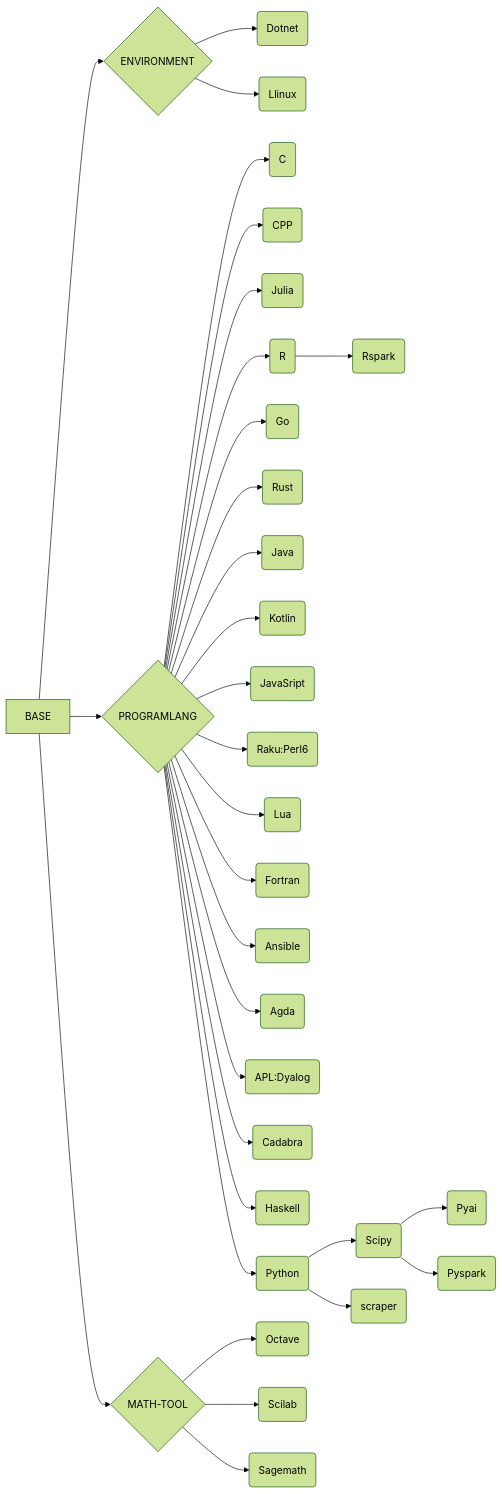
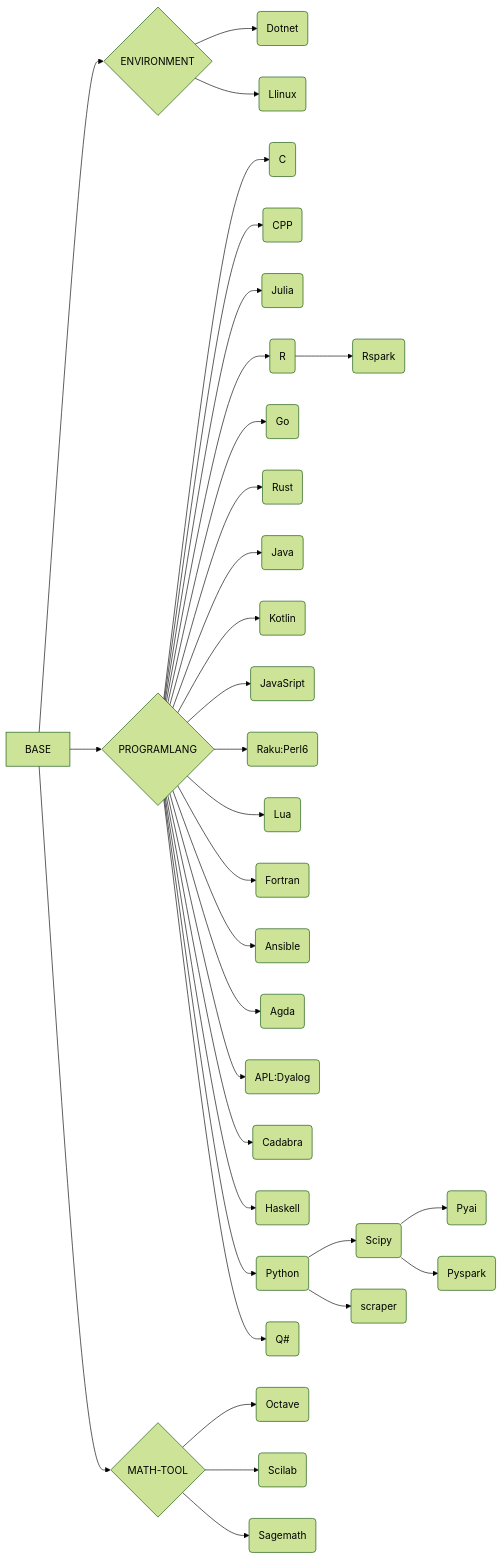
Before and after one commit to ben0i0d/jupyter-image-stacks: the diagram in README.md, drawn with Mermaid (forest theme). The commit also changed other lines of this file and 3 other files, not shown here.

````diff
--- a/README.md
+++ b/README.md
@@ -79,31 +80,32 @@
 ```mermaid
 graph LR
 BASE-->ENV{ENVIRONMENT}-->EA(Dotnet)
 ENV-->EB(Llinux)
 BASE-->PROGRAM{PROGRAMLANG}
 PROGRAM-->PA(C)
 PROGRAM-->PB(CPP)
 PROGRAM-->PC(Julia)
 PROGRAM-->PD(R)-->PDA(Rspark)
 PROGRAM-->PE(Go)
 PROGRAM-->PF(Rust)
 PROGRAM-->PG(Java)
 PROGRAM-->PH(Kotlin)
 PROGRAM-->PI(JavaSript)
 PROGRAM-->PJ(Raku:Perl6)
 PROGRAM-->PK(Lua)
 PROGRAM-->PL(Fortran)
 PROGRAM-->PM(Ansible)
 PROGRAM-->PN(Agda)
 PROGRAM-->PO(APL:Dyalog)
 PROGRAM-->PP(Cadabra)
 PROGRAM-->PQ(Haskell)
 PROGRAM-->PR(Python)
+PROGRAM-->PS(Q#)
 PR-->PRA(Scipy)
 PR-->PRB(scraper)
 PRA-->PRAA(Pyai)  
 PRA-->PRAB(Pyspark)  
 BASE-->MATH{MATH-TOOL}-->MA(Octave)
 MATH-->MB(Scilab)
 MATH-->MC(Sagemath)
 ```
````
